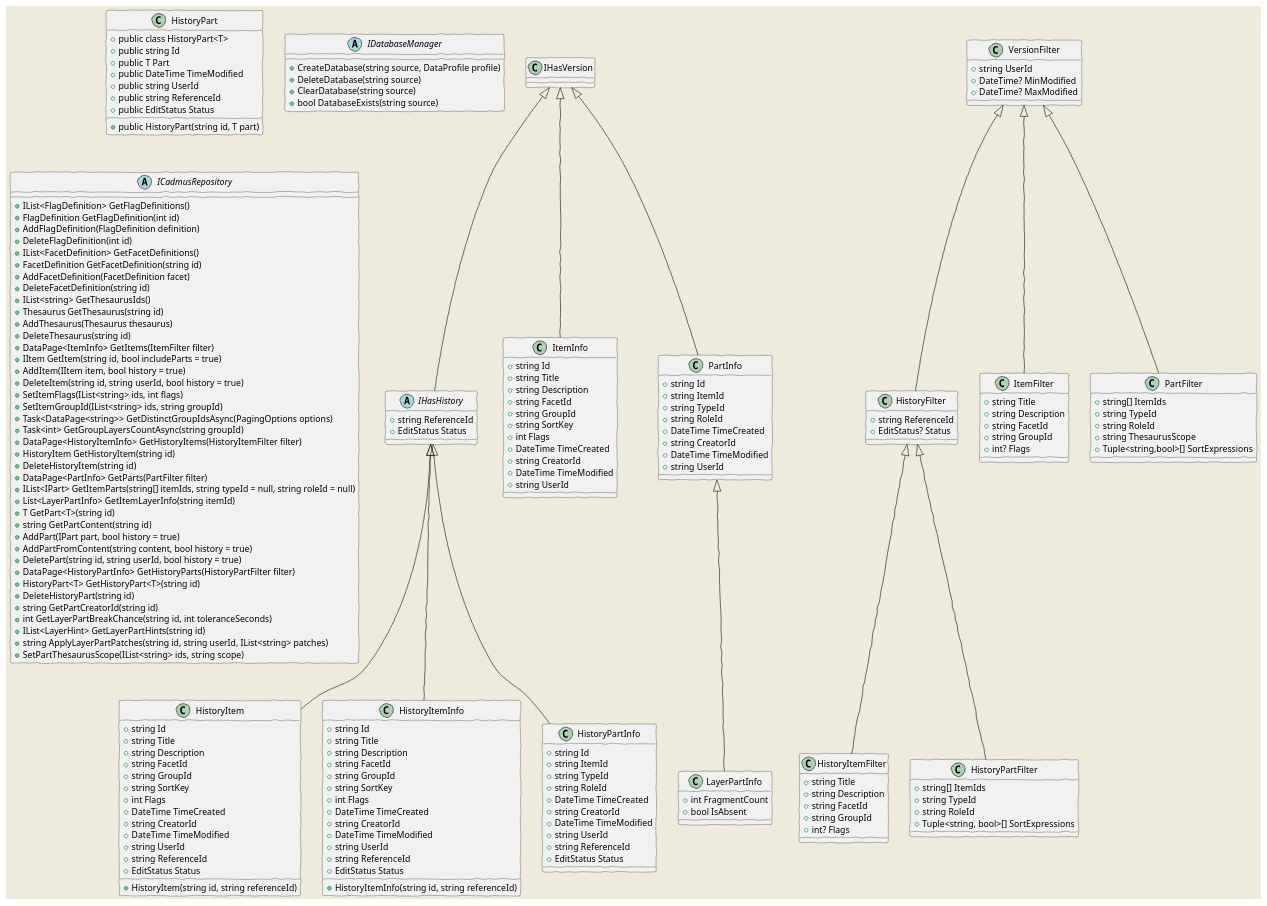
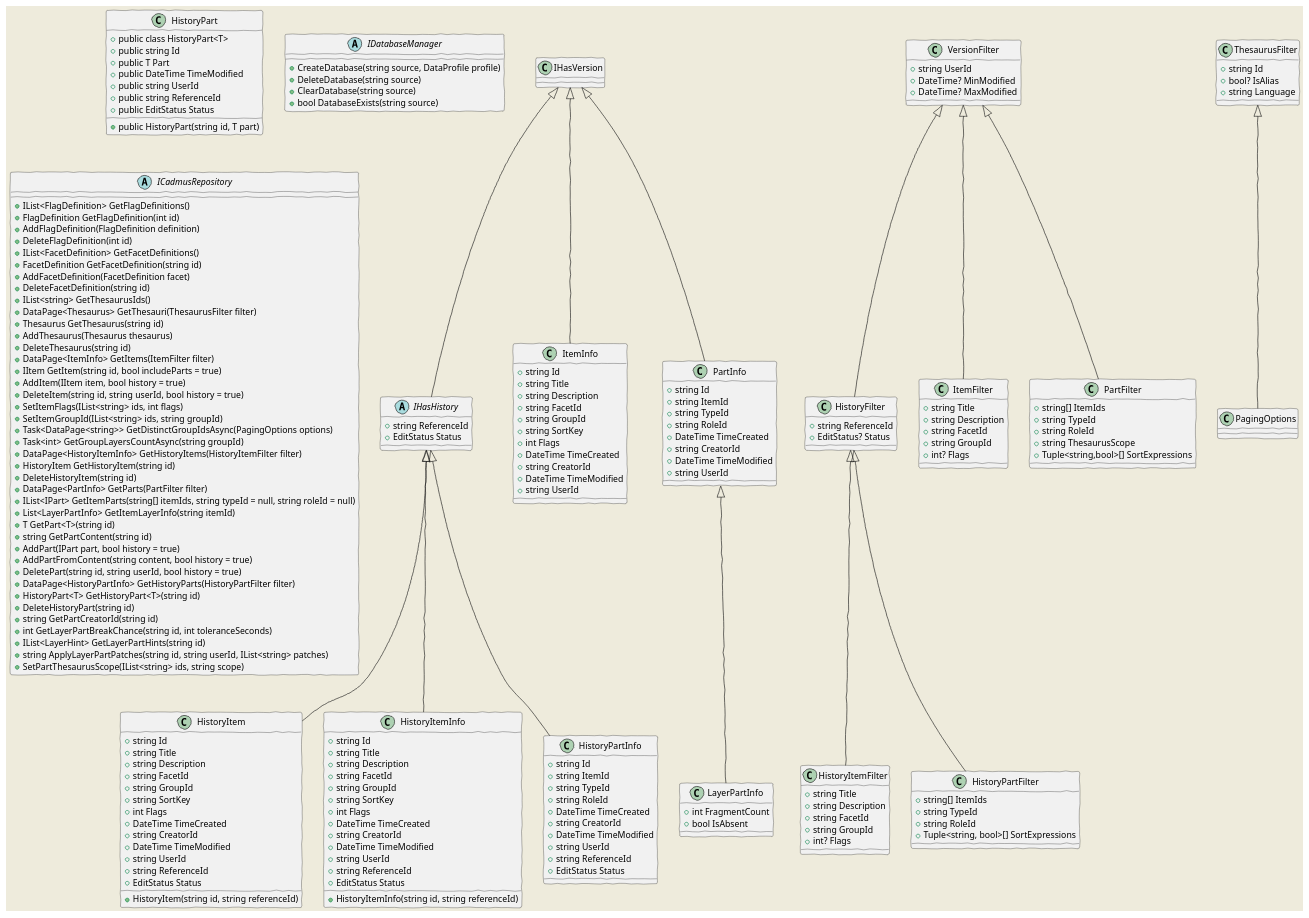
Before and after one commit to vedph/cadmus_core: the fourth of 4 diagrams in Doc/core.md, drawn with PlantUML. The commit also changed other lines of this file and 17 other files, not shown here.

Commit message:
Added GetThesauri to repository

```diff
--- a/Doc/core.md
+++ b/Doc/core.md
@@ -698,6 +698,11 @@
     PartFilter : +string RoleId
     PartFilter : +string ThesaurusScope
     PartFilter : +Tuple<string,bool>[] SortExpressions
+
+    ThesaurusFilter <|-- PagingOptions
+    ThesaurusFilter : +string Id
+    ThesaurusFilter : +bool? IsAlias
+    ThesaurusFilter : +string Language
 
     IHasVersion <|-- ItemInfo
     ItemInfo : +string Id
@@ -795,6 +800,7 @@
     ICadmusRepository : +AddFacetDefinition(FacetDefinition facet)
     ICadmusRepository : +DeleteFacetDefinition(string id)
     ICadmusRepository : +IList<string> GetThesaurusIds()
+    ICadmusRepository : +DataPage<Thesaurus> GetThesauri(ThesaurusFilter filter)
     ICadmusRepository : +Thesaurus GetThesaurus(string id)
     ICadmusRepository : +AddThesaurus(Thesaurus thesaurus)
     ICadmusRepository : +DeleteThesaurus(string id)
```
